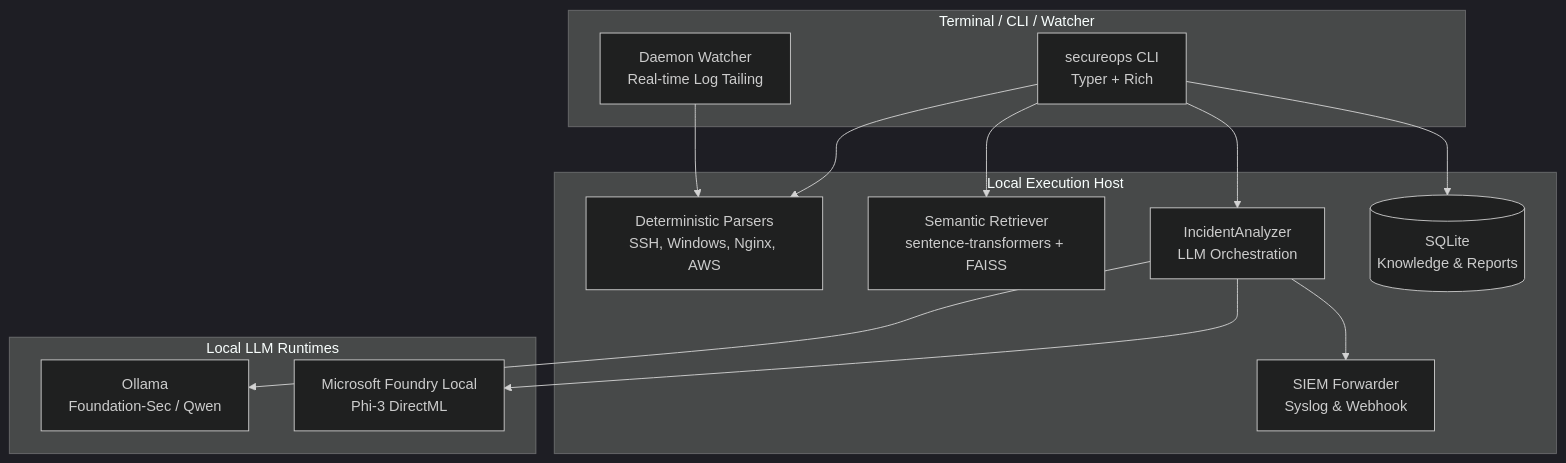
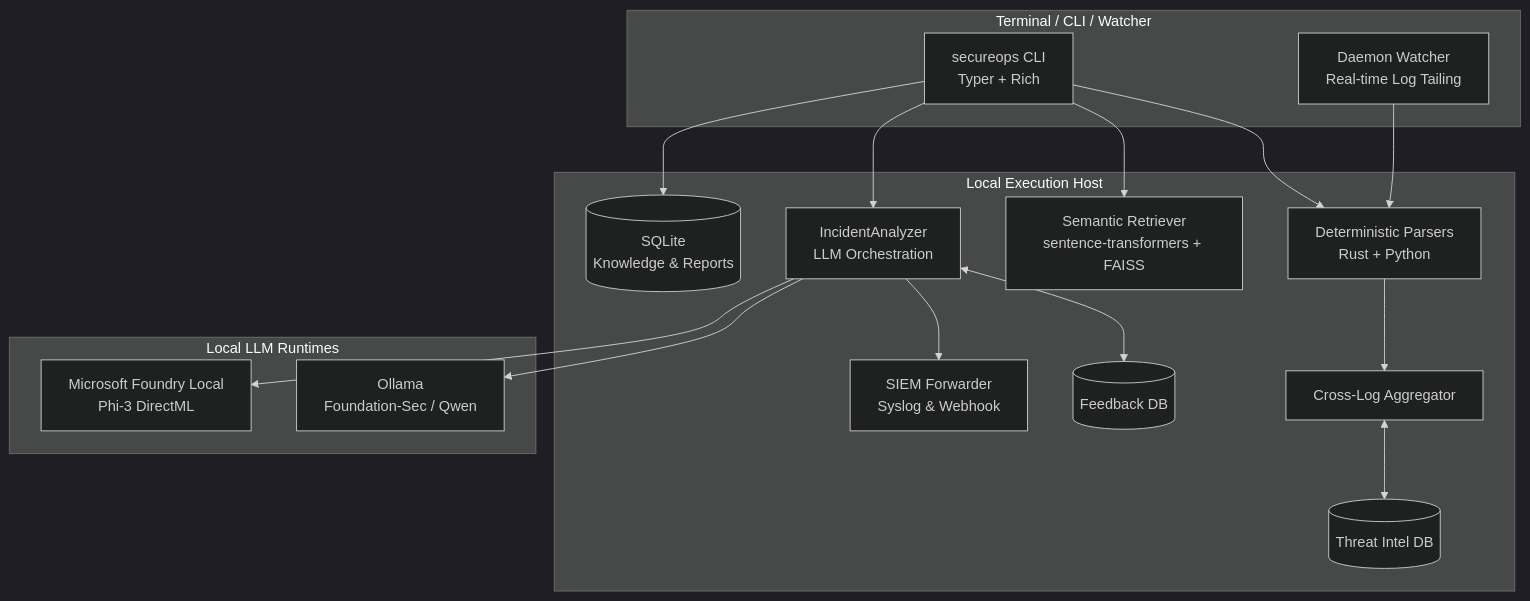
One commit to husoelrey/SecureOpsLocal changed the diagram in README.md. Above: the diagram before and after it, drawn with Mermaid (dark theme). The commit also changed other lines of this file, not shown here.

````diff
--- a/README.md
+++ b/README.md
@@ -146,30 +163,36 @@
 ```mermaid
 graph TD
     subgraph "Terminal / CLI / Watcher"
         CLI[secureops CLI\nTyper + Rich]
         W[Daemon Watcher\nReal-time Log Tailing]
     end
 
     subgraph "Local Execution Host"
-        P[Deterministic Parsers\nSSH, Windows, Nginx, AWS]
+        P[Deterministic Parsers\nRust + Python]
+        Agg[Cross-Log Aggregator]
+        TI[(Threat Intel DB)]
+        FB[(Feedback DB)]
         R[Semantic Retriever\nsentence-transformers + FAISS]
         IA[IncidentAnalyzer\nLLM Orchestration]
         DB[(SQLite\nKnowledge & Reports)]
         SIEM[SIEM Forwarder\nSyslog & Webhook]
         
         CLI --> P
         W --> P
+        P --> Agg
+        Agg <--> TI
         CLI --> R
         CLI --> IA
+        IA <--> FB
         CLI --> DB
         IA --> SIEM
     end
 
     subgraph "Local LLM Runtimes"
         O[Ollama\nFoundation-Sec / Qwen]
         FL[Microsoft Foundry Local\nPhi-3 DirectML]
         
         IA --> O
         IA --> FL
     end
 ```
````
